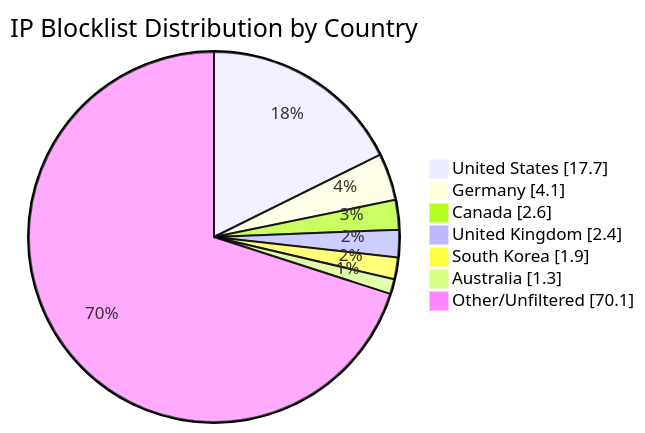
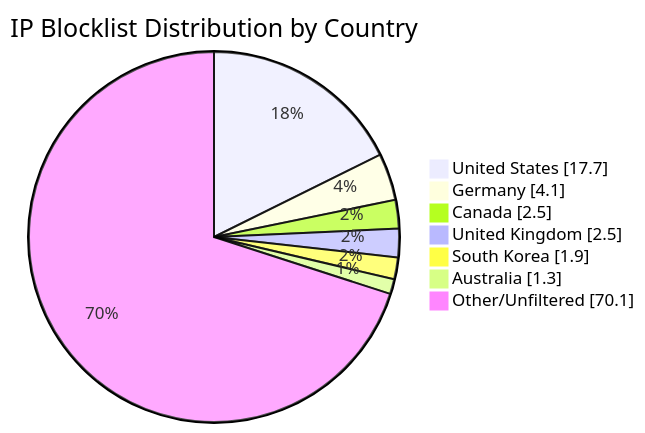
One commit to MarcusHoltz/ipblocklist-geofiltered-aggregator changed the diagram in README.md. Above: the diagram before and after it, drawn with Mermaid. The commit also changed other lines of this file and 9 other files, not shown here.

````diff
--- a/README.md
+++ b/README.md
@@ -34,10 +34,10 @@
 ```mermaid
 pie showData title IP Blocklist Distribution by Country
 "United States" : 17.7
 "Germany" : 4.1
-"Canada" : 2.6
-"United Kingdom" : 2.4
+"Canada" : 2.5
+"United Kingdom" : 2.5
 "South Korea" : 1.9
 "Australia" : 1.3
 "Other/Unfiltered" : 70.1
 ```
````
